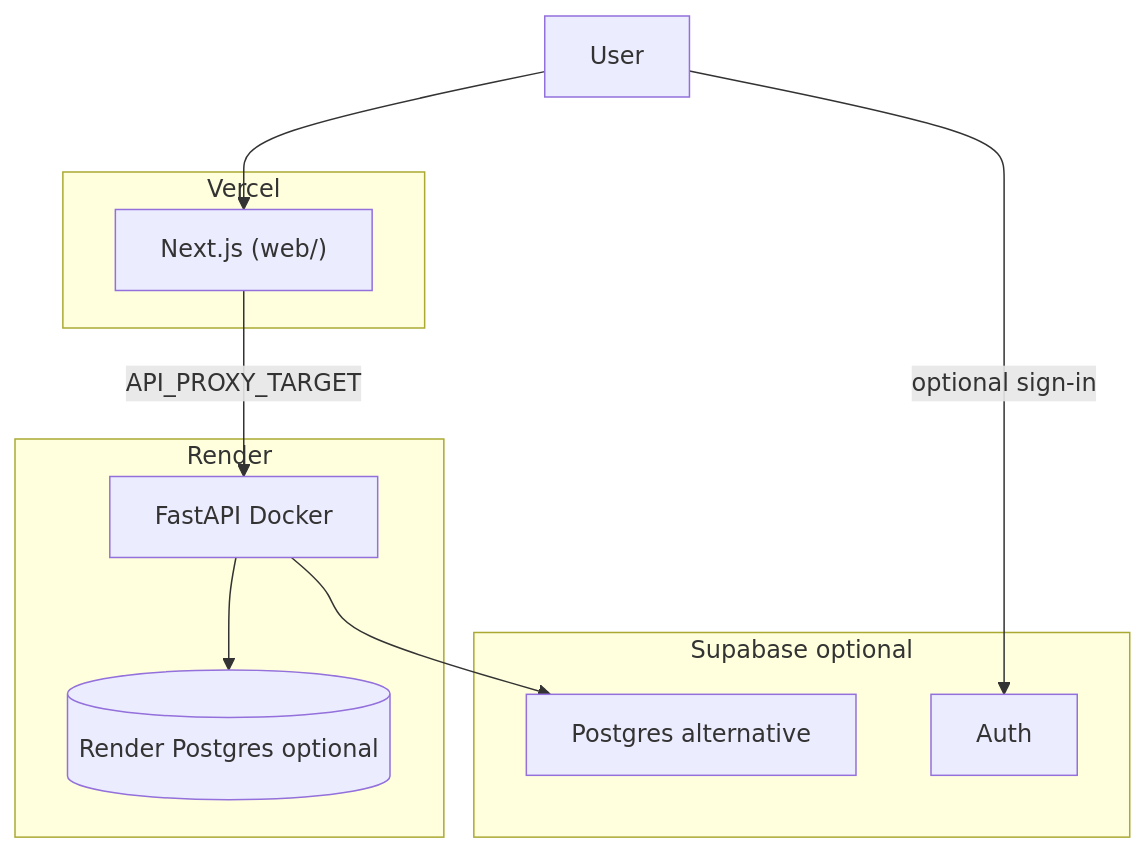
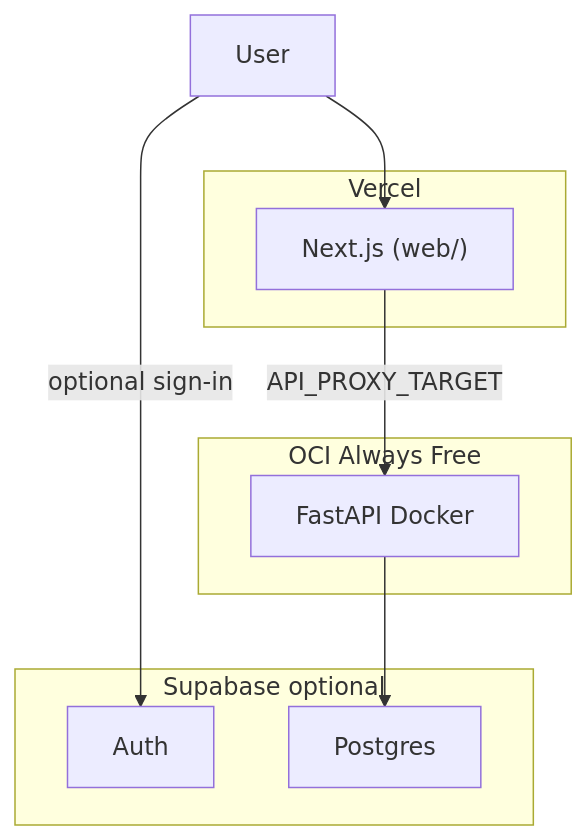
Before and after one commit to Sousa-16/PRAXISWeb: the diagram in DEPLOYMENT.md, drawn with Mermaid. The commit also changed other lines of this file and 3 other files, not shown here.

First line of the commit message:
Document OCI Always Free deployment path

````diff
--- a/DEPLOYMENT.md
+++ b/DEPLOYMENT.md
@@ -5,19 +7,17 @@
 ```mermaid
 flowchart TB
   subgraph vercel [Vercel]
     NextApp["Next.js (web/)"]
   end
-  subgraph render [Render]
+  subgraph oci [OCI Always Free]
     API[FastAPI Docker]
-    PG[(Render Postgres optional)]
   end
   subgraph supabase [Supabase optional]
     Auth[Auth]
-    SupaPG[Postgres alternative]
+    PG[Postgres]
   end
   User --> NextApp
   NextApp -->|API_PROXY_TARGET| API
   User -->|optional sign-in| Auth
   API --> PG
-  API --> SupaPG
 ```
````
